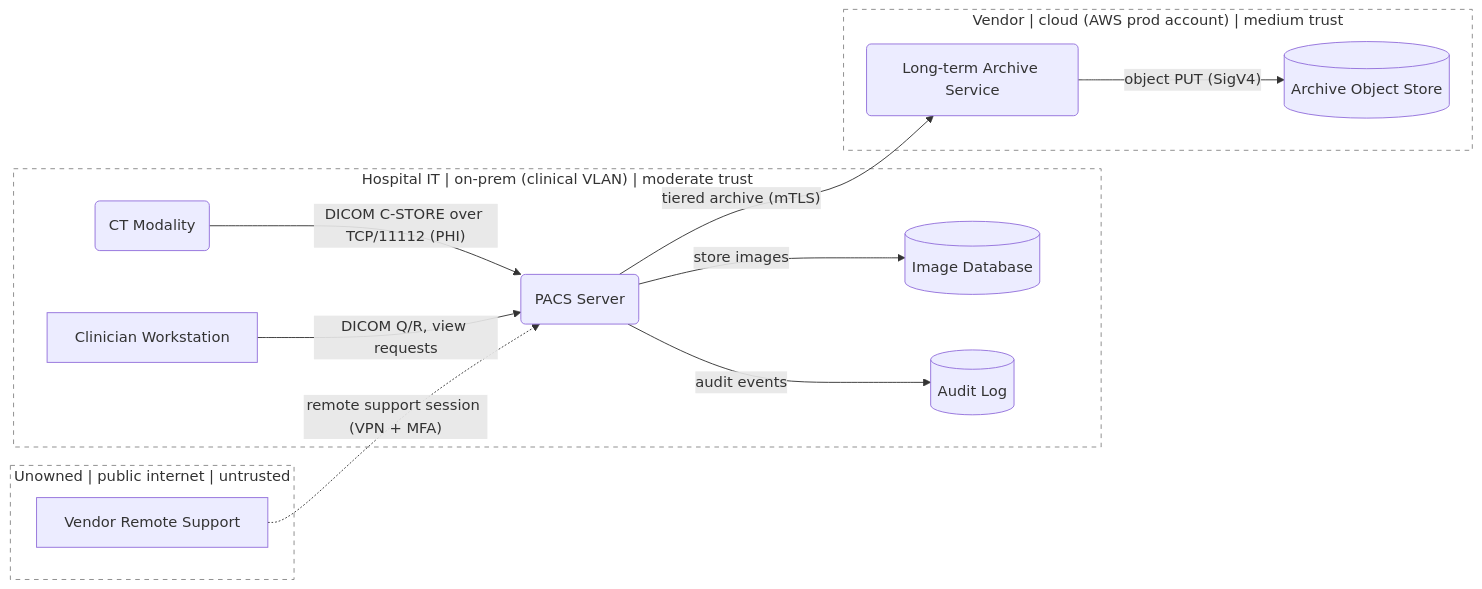
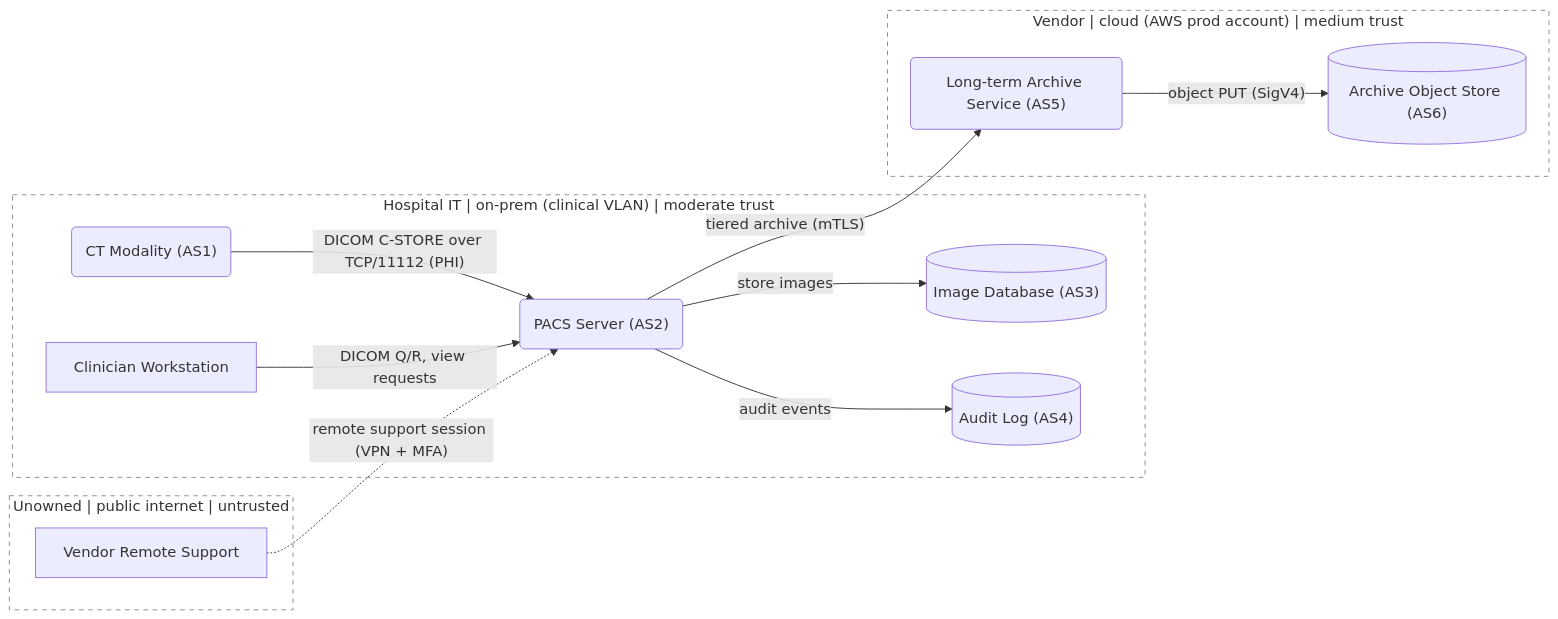
The first of 2 diagrams in references/dfd-mermaid.md (tmart234/threat-model-claude-skill), drawn with Mermaid before and after one commit. The commit also changed other lines of this file and 2 other files, not shown here.

````diff
--- a/references/dfd-mermaid.md
+++ b/references/dfd-mermaid.md
@@ -28,30 +28,30 @@
 ```mermaid
 flowchart LR
     subgraph Hospital["Hospital IT | on-prem (clinical VLAN) | moderate trust"]
-        Modality(CT Modality)
+        Modality("CT Modality (AS1)")
         Workstation[Clinician Workstation]
-        PACS(PACS Server)
-        ImageDB[(Image Database)]
-        AuditDB[(Audit Log)]
+        PACS("PACS Server (AS2)")
+        ImageDB[("Image Database (AS3)")]
+        AuditDB[("Audit Log (AS4)")]
     end
 
     subgraph Internet["Unowned | public internet | untrusted"]
         Vendor[Vendor Remote Support]
     end
 
     subgraph Cloud["Vendor | cloud (AWS prod account) | medium trust"]
-        Archive(Long-term Archive Service)
-        ArchiveStore[(Archive Object Store)]
+        Archive("Long-term Archive Service (AS5)")
+        ArchiveStore[("Archive Object Store (AS6)")]
     end
 
     Modality -- "DICOM C-STORE over TCP/11112 (PHI)" --> PACS
     Workstation -- "DICOM Q/R, view requests" --> PACS
     PACS -- "store images" --> ImageDB
     PACS -- "audit events" --> AuditDB
     PACS -- "tiered archive (mTLS)" --> Archive
     Archive -- "object PUT (SigV4)" --> ArchiveStore
     Vendor -. "remote support session (VPN + MFA)" .-> PACS
 
     classDef tb fill:none,stroke:#888,stroke-dasharray: 5 5
     class Hospital,Internet,Cloud tb
 ```
````
